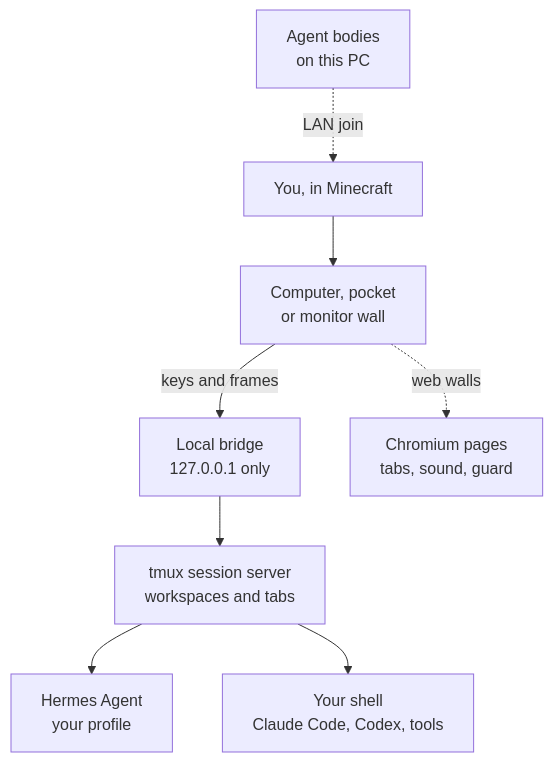
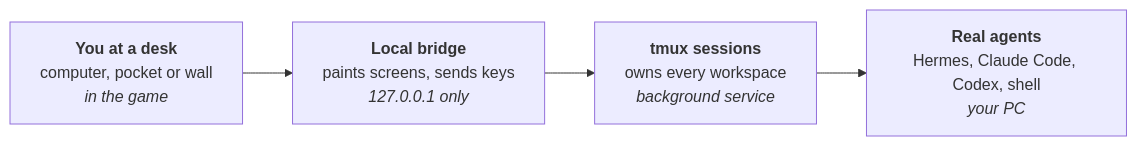
Before and after one commit to omoresearch/omo-space: the diagram in README.md, drawn with Mermaid. The commit also changed other lines of this file and 7 other files, not shown here.

````diff
--- a/README.md
+++ b/README.md
@@ -175,10 +88,6 @@
 ```mermaid
-flowchart TB
-  P["You, in Minecraft"] --> S["Computer, pocket<br/>or monitor wall"]
-  S -->|keys and frames| B["Local bridge<br/>127.0.0.1 only"]
-  B --> T["tmux session server<br/>workspaces and tabs"]
-  T --> H["Hermes Agent<br/>your profile"]
-  T --> C["Your shell<br/>Claude Code, Codex, tools"]
-  S -.->|web walls| W["Chromium pages<br/>tabs, sound, guard"]
-  A["Agent bodies<br/>on this PC"] -.->|LAN join| P
+flowchart LR
+  A["<b>You at a desk</b><br/>computer, pocket or wall<br/><i>in the game</i>"] --> B["<b>Local bridge</b><br/>paints screens, sends keys<br/><i>127.0.0.1 only</i>"]
+  B --> C["<b>tmux sessions</b><br/>owns every workspace<br/><i>background service</i>"]
+  C --> D["<b>Real agents</b><br/>Hermes, Claude Code, Codex, shell<br/><i>your PC</i>"]
 ```
````
